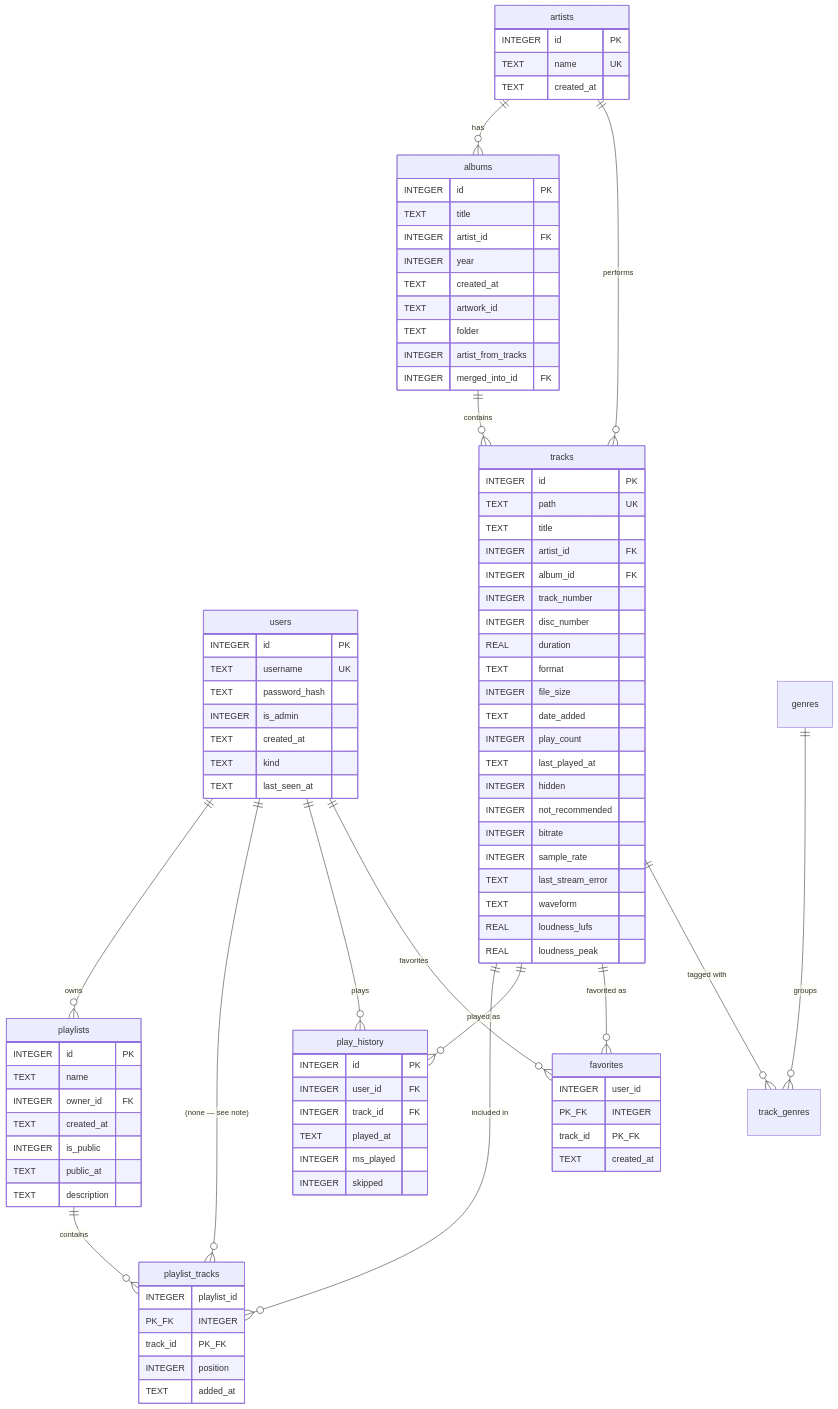
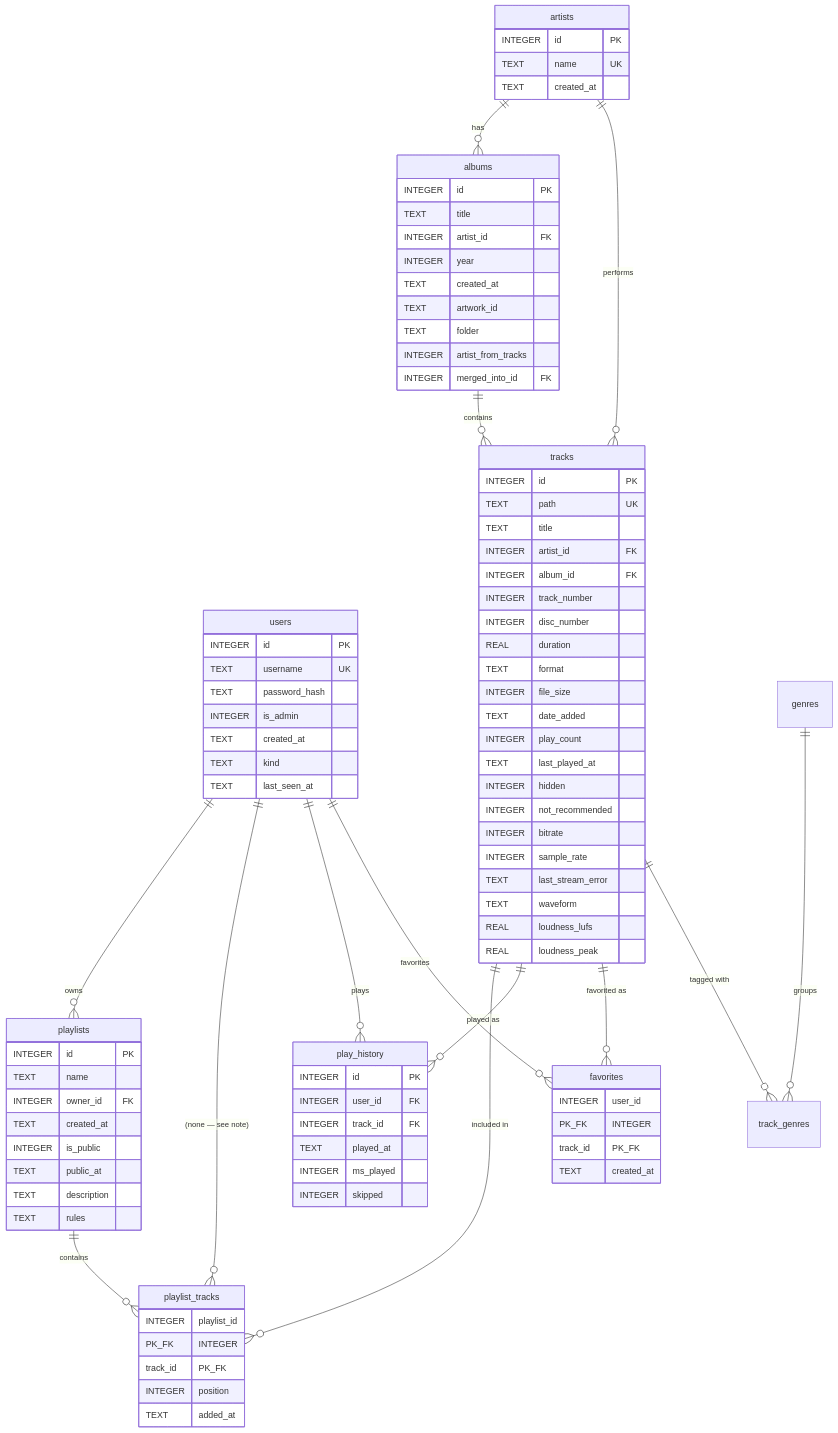
One commit to meranisu/brainlessmusic changed the diagram in .docs/reference/database-schema.md. Above: the diagram before and after it, drawn with Mermaid. The commit also changed other lines of this file and 10 other files, not shown here.

```diff
--- a/.docs/reference/database-schema.md
+++ b/.docs/reference/database-schema.md
@@ -90,6 +90,7 @@
         INTEGER is_public
         TEXT public_at
         TEXT description
+        TEXT rules
     }
     playlist_tracks {
         INTEGER playlist_id PK_FK
```
